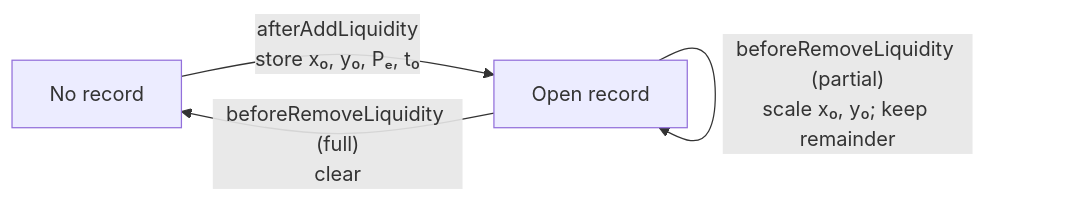
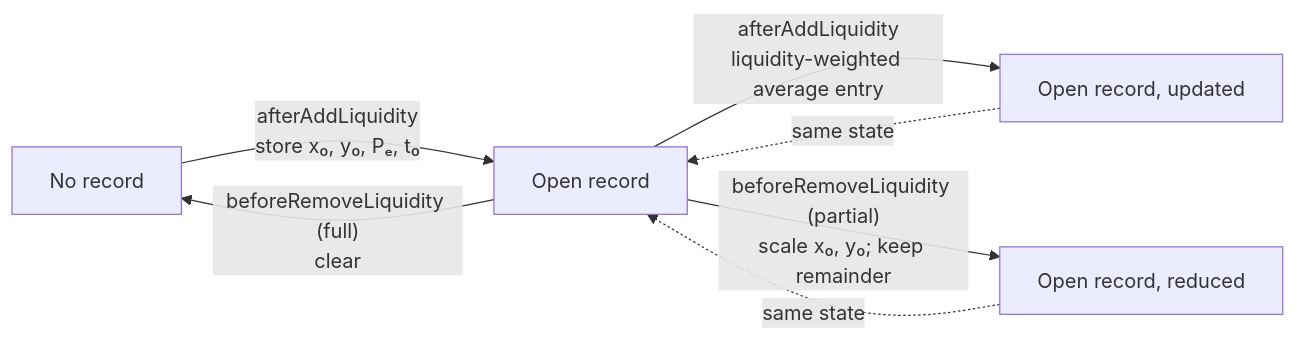
Before and after one commit to eabz/ballast: the third of 3 diagrams in docs/03-hook-lifecycle.md, drawn with Mermaid. The commit also changed other lines of this file and 11 other files, not shown here.

````diff
--- a/docs/03-hook-lifecycle.md
+++ b/docs/03-hook-lifecycle.md
@@ -66,7 +66,9 @@
 ```mermaid
 flowchart LR
     N[No record] -- "afterAddLiquidity<br/>store x₀, y₀, Pₑ, t₀" --> O[Open record]
-    O -- "afterAddLiquidity<br/>liquidity-weighted average entry" --> O
-    O -- "beforeRemoveLiquidity (partial)<br/>scale x₀, y₀; keep remainder" --> O
+    O -- "afterAddLiquidity<br/>liquidity-weighted average entry" --> O2[Open record, updated]
+    O2 -. same state .-> O
+    O -- "beforeRemoveLiquidity (partial)<br/>scale x₀, y₀; keep remainder" --> P[Open record, reduced]
+    P -. same state .-> O
     O -- "beforeRemoveLiquidity (full)<br/>clear" --> N
 ```
````
